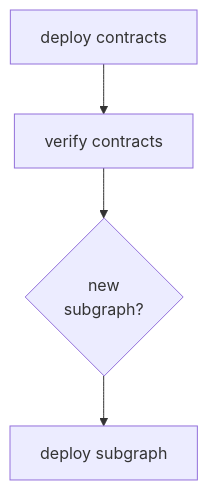
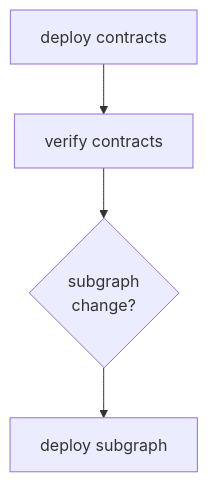
Before and after one commit to aragon/osx: the diagram in packages/contracts/docs/developer-portal/04-framework-lifecycle/04-sub-processes/05-deployment.md, drawn with Mermaid. The commit also changed 3 other files, not shown here.

````diff
--- a/packages/contracts/docs/developer-portal/04-framework-lifecycle/04-sub-processes/05-deployment.md
+++ b/packages/contracts/docs/developer-portal/04-framework-lifecycle/04-sub-processes/05-deployment.md
@@ -3,13 +3,13 @@
 ```mermaid
 flowchart TD
 
     deployContracts["deploy contracts"]
     verifyContract["verify contracts"]
 
-    newSubgraph{"new \n subgraph?"}
+    newSubgraph{"subgraph \n change?"}
     deploySubgraph["deploy subgraph"]
 
     deployContracts --> verifyContract --> newSubgraph --> deploySubgraph
 
 
 ```
````
